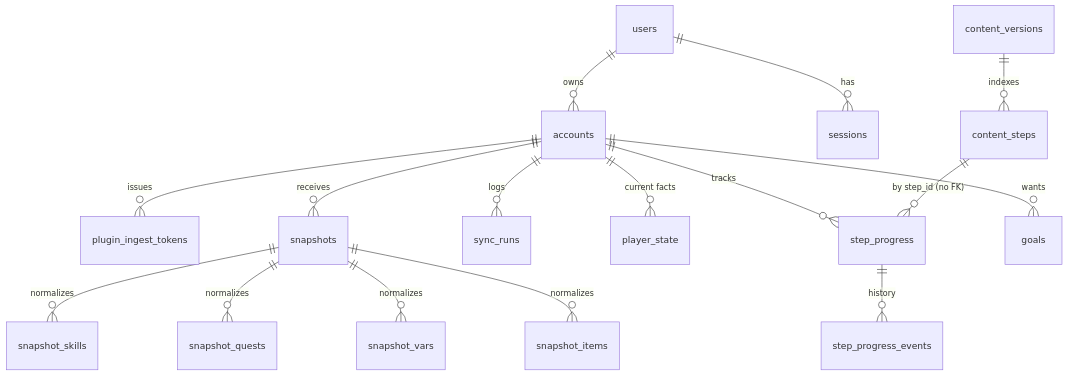
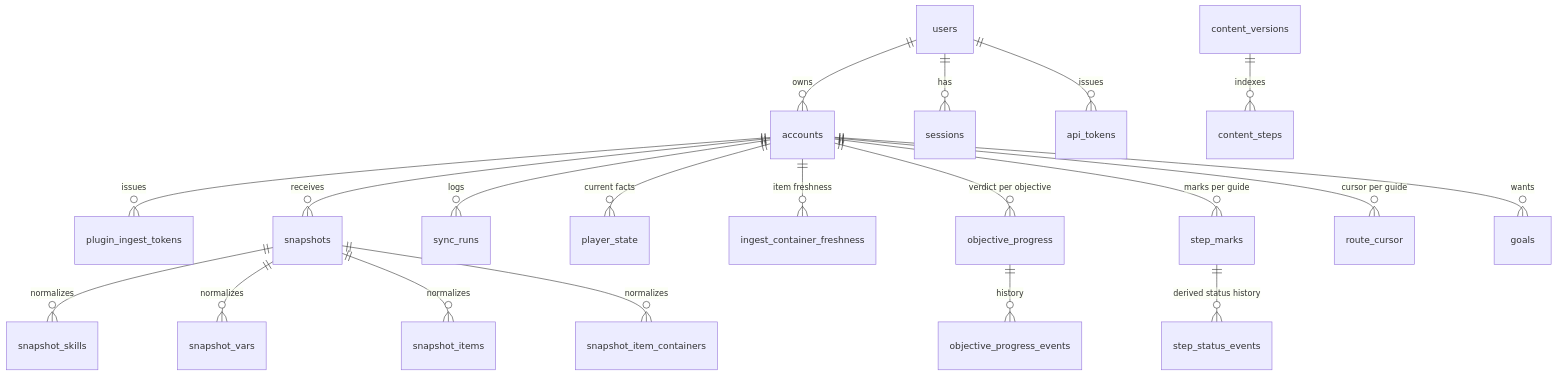
One commit to FelipeMalacarne/chronicle changed the third of 4 diagrams in docs/04-arquitetura.md. Above: the diagram before and after it, drawn with Mermaid. The commit also changed other lines of this file, not shown here.

````diff
--- a/docs/04-arquitetura.md
+++ b/docs/04-arquitetura.md
@@ -308,18 +295,22 @@
 ```mermaid
 erDiagram
   users ||--o{ accounts : owns
   users ||--o{ sessions : has
+  users ||--o{ api_tokens : issues
   accounts ||--o{ plugin_ingest_tokens : issues
   accounts ||--o{ snapshots : receives
   accounts ||--o{ sync_runs : logs
   accounts ||--o{ player_state : "current facts"
-  accounts ||--o{ step_progress : tracks
+  accounts ||--o{ ingest_container_freshness : "item freshness"
+  accounts ||--o{ objective_progress : "verdict per objective"
+  accounts ||--o{ step_marks : "marks per guide"
+  accounts ||--o{ route_cursor : "cursor per guide"
   accounts ||--o{ goals : wants
   snapshots ||--o{ snapshot_skills : normalizes
-  snapshots ||--o{ snapshot_quests : normalizes
   snapshots ||--o{ snapshot_vars : normalizes
   snapshots ||--o{ snapshot_items : normalizes
+  snapshots ||--o{ snapshot_item_containers : normalizes
   content_versions ||--o{ content_steps : indexes
-  content_steps ||--o{ step_progress : "by step_id (no FK)"
-  step_progress ||--o{ step_progress_events : history
+  objective_progress ||--o{ objective_progress_events : history
+  step_marks ||--o{ step_status_events : "derived status history"
 ```
````
